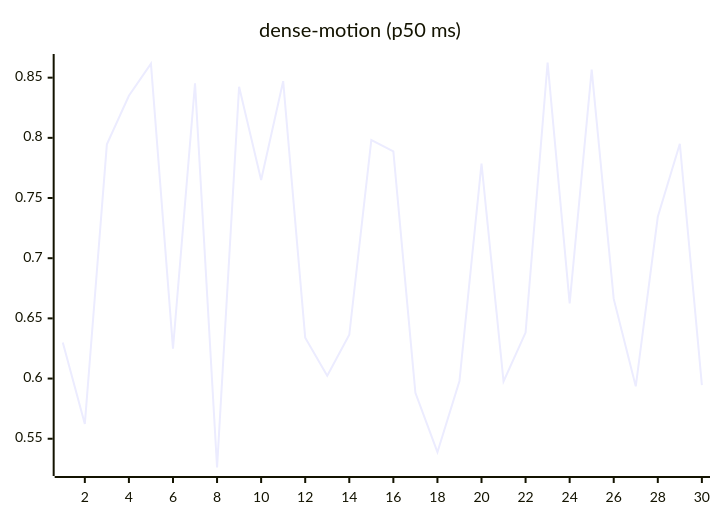
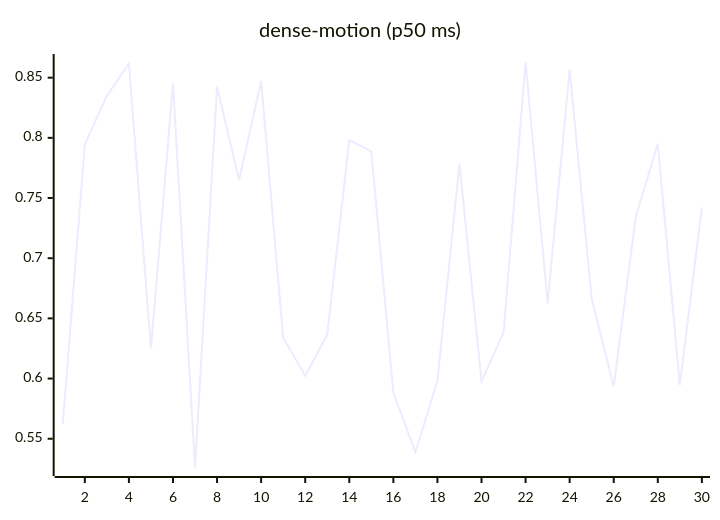
Before and after one commit to josha/Facet: the ninth of 27 diagrams in README.md, drawn with Mermaid. The commit also changed other lines of this file and 2 other files, not shown here.

````diff
--- a/README.md
+++ b/README.md
@@ -119,6 +119,6 @@
 ```mermaid
 xychart-beta
     title "dense-motion (p50 ms)"
     x-axis 1 --> 30
-    line [0.6299, 0.5623, 0.7946, 0.8350, 0.8616, 0.6249, 0.8453, 0.5261, 0.8424, 0.7649, 0.8471, 0.6340, 0.6023, 0.6364, 0.7981, 0.7888, 0.5881, 0.5388, 0.5980, 0.7785, 0.5976, 0.6382, 0.8626, 0.6624, 0.8567, 0.6662, 0.5935, 0.7344, 0.7951, 0.5946]
+    line [0.5623, 0.7946, 0.8350, 0.8616, 0.6249, 0.8453, 0.5261, 0.8424, 0.7649, 0.8471, 0.6340, 0.6023, 0.6364, 0.7981, 0.7888, 0.5881, 0.5388, 0.5980, 0.7785, 0.5976, 0.6382, 0.8626, 0.6624, 0.8567, 0.6662, 0.5935, 0.7344, 0.7951, 0.5946, 0.7422]
 ```
````
